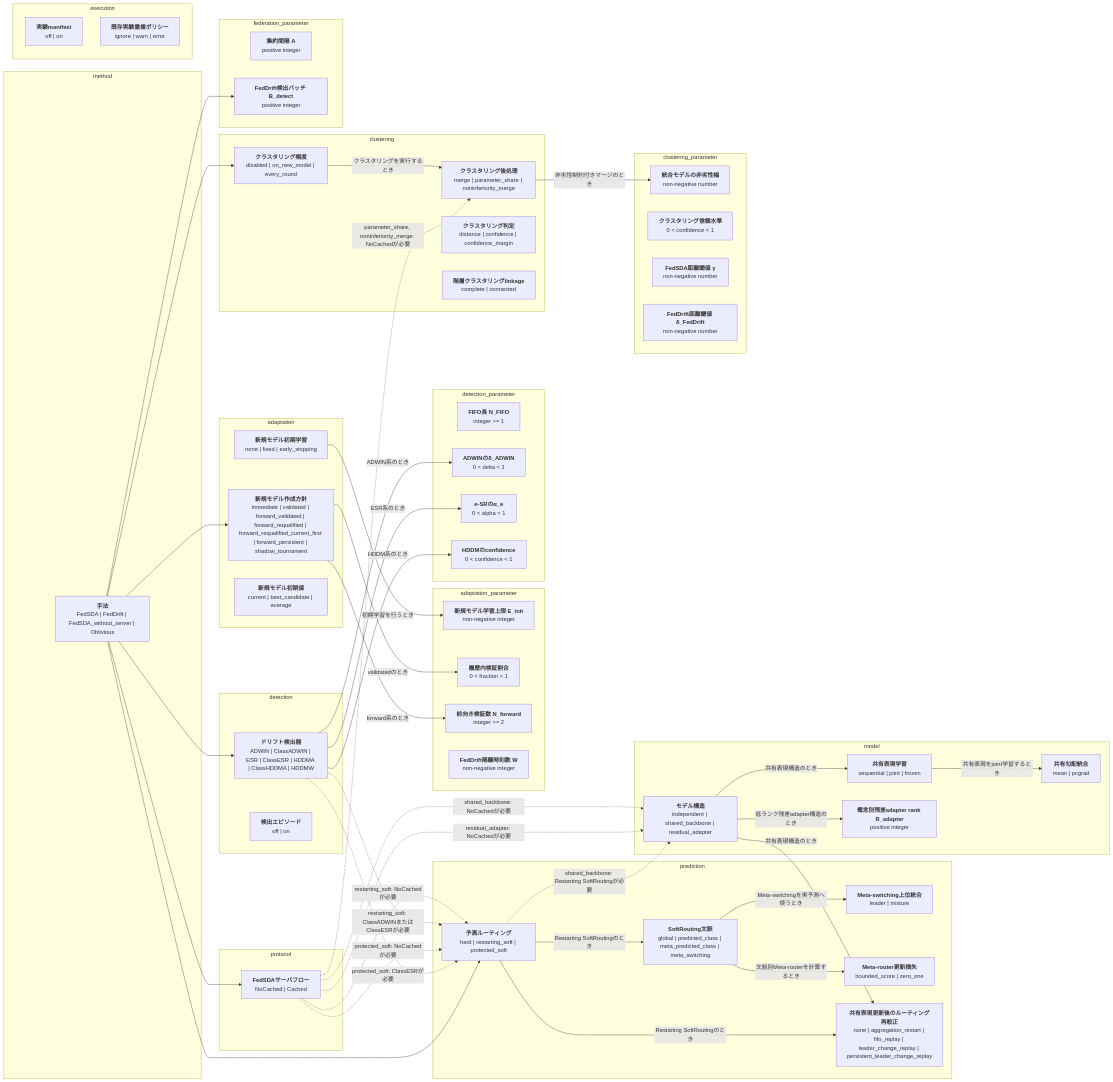
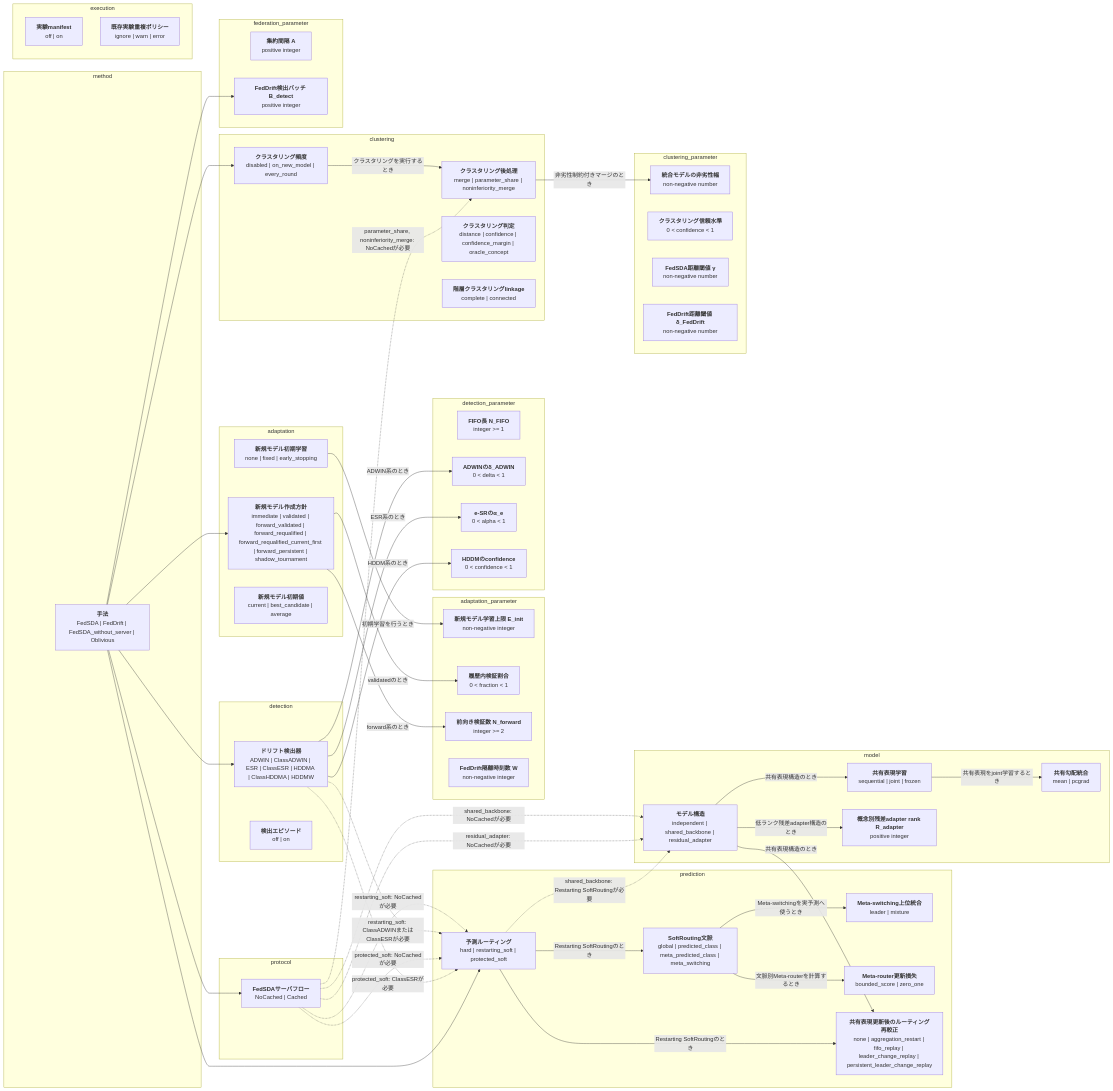
The first of 2 diagrams in docs/options.md (shimmen3141/FedSDA-experiment), drawn with Mermaid before and after one commit. The commit also changed 13 other files, not shown here.

Commit message:
Add oracle concept clustering control

```diff
--- a/docs/options.md
+++ b/docs/options.md
@@ -60,7 +60,7 @@
   subgraph group_clustering[clustering]
     clustering_policy["<b>クラスタリング頻度</b><br/>disabled | on_new_model | every_round"]
     clustering_consolidation["<b>クラスタリング後処理</b><br/>merge | parameter_share | noninferiority_merge"]
-    clustering_decision["<b>クラスタリング判定</b><br/>distance | confidence | confidence_margin"]
+    clustering_decision["<b>クラスタリング判定</b><br/>distance | confidence | confidence_margin | oracle_concept"]
     cluster_linkage["<b>階層クラスタリングlinkage</b><br/>complete | connected"]
   end
   subgraph group_clustering_parameter[clustering_parameter]
```
